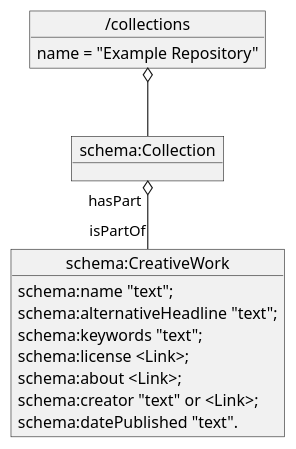
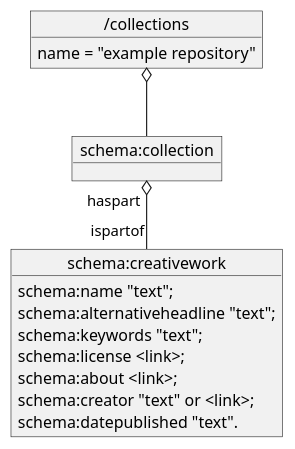
One commit to ldragoon/fin-example-repository changed the first of 2 diagrams in collection/example_1-pets/README.org. Above: the diagram before and after it, drawn with PlantUML. The commit also changed other lines of this file, not shown here.

```diff
--- a/collection/example_1-pets/README.org
+++ b/collection/example_1-pets/README.org
@@ -40,25 +37,25 @@
-#+BEGIN_SRC plantuml  :file ./docs/generic_diagram.png
+#+begin_src plantuml  :file ./docs/generic_diagram.png
     @startuml
 
-    object "schema:Collection" as sCol {
+    object "schema:collection" as scol {
   }
 
-    object "schema:CreativeWork" as sCW {
+    object "schema:creativework" as scw {
  schema:name "text";
- schema:alternativeHeadline "text";
+ schema:alternativeheadline "text";
  schema:keywords "text";
- schema:license <Link>;
- schema:about <Link>;
- schema:creator "text" or <Link>;
- schema:datePublished "text".
+ schema:license <link>;
+ schema:about <link>;
+ schema:creator "text" or <link>;
+ schema:datepublished "text".
   }
 
-    object "/collections" as Collections {
-         name = "Example Repository"
+    object "/collections" as collections {
+         name = "example repository"
     }
 
-    Collections o-- sCol
-    sCol "hasPart" o-- "isPartOf" sCW
+    collections o-- scol
+    scol "haspart" o-- "ispartof" scw
 
       @enduml
-#+END_SRC
+#+end_src
```
